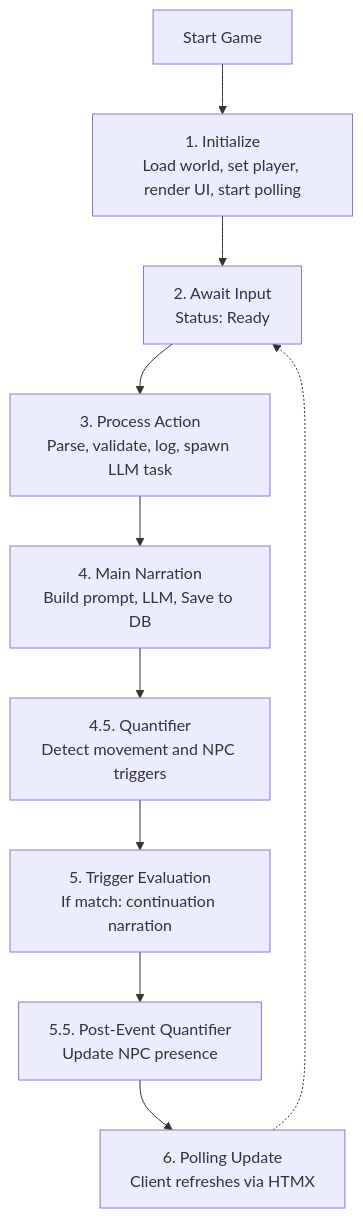
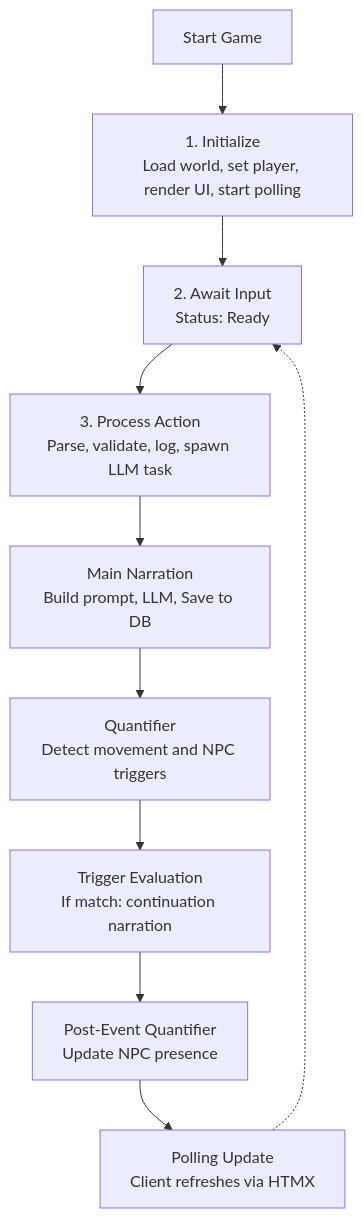
The first of 2 diagrams in chronicler_engine/docs/system/game_flow.md (notsonormal/chronicler-engine), drawn with Mermaid before and after one commit. The commit also changed other lines of this file and 78 other files, not shown here.

````diff
--- a/chronicler_engine/docs/system/game_flow.md
+++ b/chronicler_engine/docs/system/game_flow.md
@@ -9,16 +9,16 @@
 ```mermaid
 flowchart TD
     Start["Start Game"]
     Init["1. Initialize\nLoad world, set player, render UI, start polling"]
     Await["2. Await Input\nStatus: Ready"]
     Process["3. Process Action\nParse, validate, log, spawn LLM task"]
-    Narrate["4. Main Narration\nBuild prompt, LLM, Save to DB"]
-    Quantify["4.5. Quantifier\nDetect movement and NPC triggers"]
-    TriggerEval["5. Trigger Evaluation\nIf match: continuation narration"]
-    Quantify2["5.5. Post-Event Quantifier\nUpdate NPC presence"]
-    Poll["6. Polling Update\nClient refreshes via HTMX"]
+    Narrate["Main Narration\nBuild prompt, LLM, Save to DB"]
+    Quantify["Quantifier\nDetect movement and NPC triggers"]
+    TriggerEval["Trigger Evaluation\nIf match: continuation narration"]
+    Quantify2["Post-Event Quantifier\nUpdate NPC presence"]
+    Poll["Polling Update\nClient refreshes via HTMX"]
 
     Start --> Init --> Await --> Process --> Narrate --> Quantify --> TriggerEval
     TriggerEval --> Quantify2 --> Poll
     Poll -.-> Await
 ```
````
